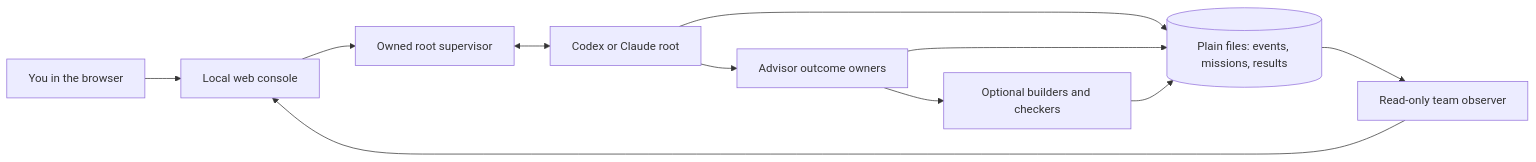
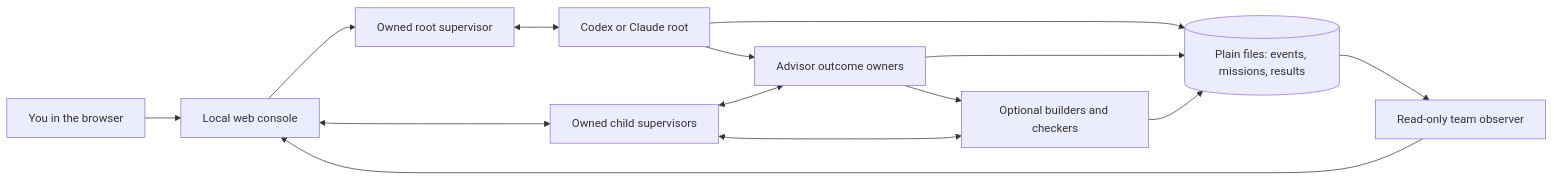
One commit to nourhelmi/crew changed the second of 2 diagrams in README.md. Above: the diagram before and after it, drawn with Mermaid. The commit also changed other lines of this file, not shown here.

Commit message:
Document managed child controls and readable console streams

````diff
--- a/README.md
+++ b/README.md
@@ -392,13 +392,16 @@
 ```mermaid
 flowchart LR
     U[You in the browser] --> W[Local web console]
     W --> S[Owned root supervisor]
     S <--> H[Codex or Claude root]
     H --> A[Advisor outcome owners]
     A --> B[Optional builders and checkers]
+    W <--> C[Owned child supervisors]
+    C <--> A
+    C <--> B
     H --> F[(Plain files: events, missions, results)]
     A --> F
     B --> F
     F --> O[Read-only team observer]
     O --> W
 ```
````
